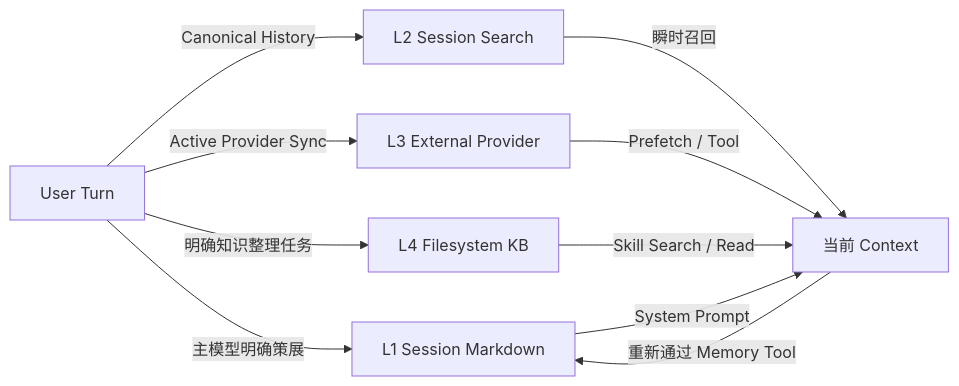
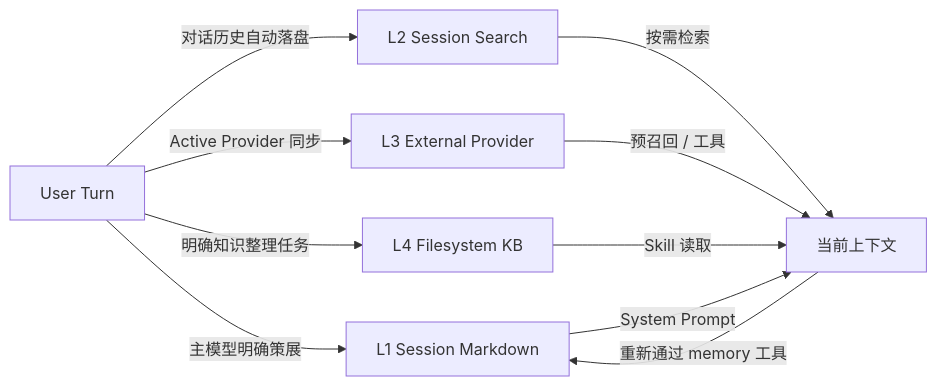
Before and after one commit to LunaticPum/vivlos: the second of 2 diagrams in docs/记忆机制.md, drawn with Mermaid. The commit also changed other lines of this file and 15 other files, not shown here.

````diff
--- a/docs/记忆机制.md
+++ b/docs/记忆机制.md
@@ -271,13 +359,13 @@
 ```mermaid
 flowchart LR
     Turn[User Turn] -->|主模型明确策展| L1[L1 Session Markdown]
-    Turn -->|Canonical History| L2[L2 Session Search]
-    Turn -->|Active Provider Sync| L3[L3 External Provider]
+    Turn -->|对话历史自动落盘| L2[L2 Session Search]
+    Turn -->|Active Provider 同步| L3[L3 External Provider]
     Turn -->|明确知识整理任务| L4[L4 Filesystem KB]
 
-    L2 -->|瞬时召回| Context[当前 Context]
-    L3 -->|Prefetch / Tool| Context
-    L4 -->|Skill Search / Read| Context
+    L2 -->|按需检索| Context[当前上下文]
+    L3 -->|预召回 / 工具| Context
+    L4 -->|Skill 读取| Context
     L1 -->|System Prompt| Context
-    Context -->|重新通过 Memory Tool| L1
+    Context -->|重新通过 memory 工具| L1
 ```
````
